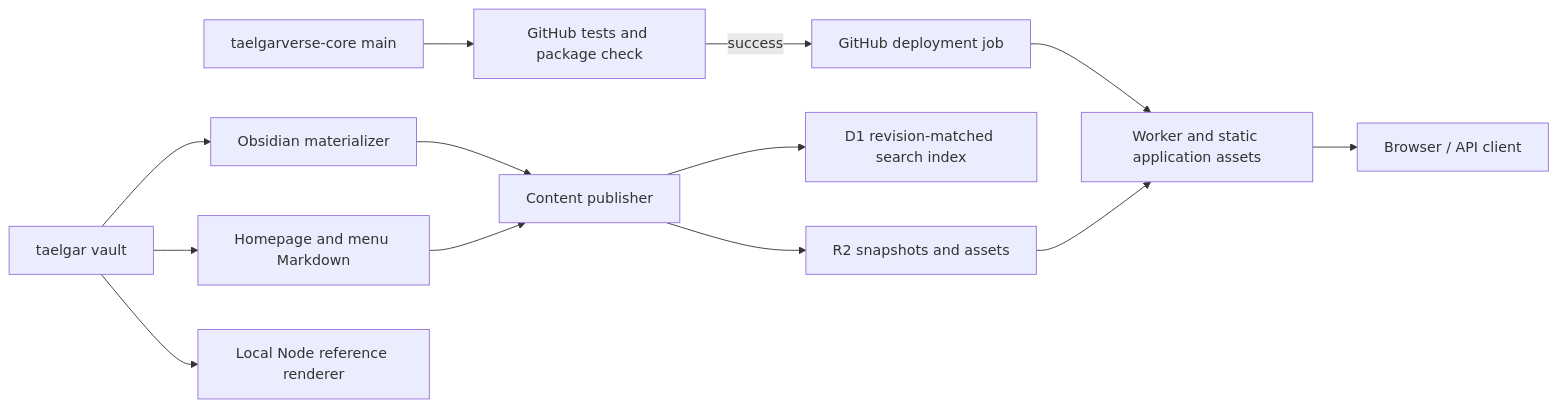
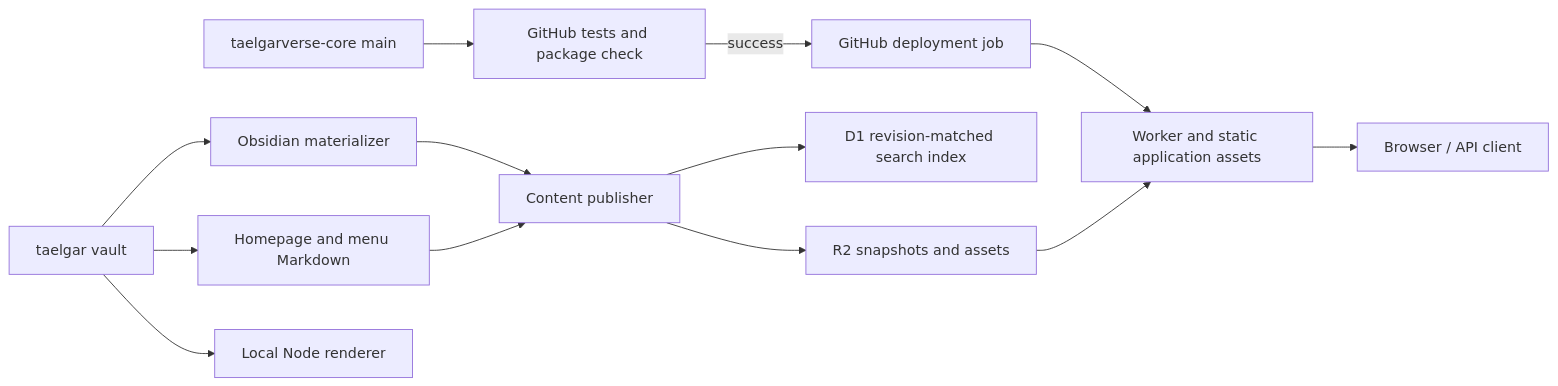
The diagram in docs/architecture.md (msackton/taelgarverse-core), drawn with Mermaid before and after one commit. The commit also changed other lines of this file and 65 other files, not shown here.

````diff
--- a/docs/architecture.md
+++ b/docs/architecture.md
@@ -24,15 +27,15 @@
 ```mermaid
 flowchart LR
     V[taelgar vault] --> O[Obsidian materializer]
     O --> P[Content publisher]
     V --> S[Homepage and menu Markdown]
     S --> P
     P --> R[R2 snapshots and assets]
     P --> D[D1 revision-matched search index]
     C[taelgarverse-core main] --> T[GitHub tests and package check]
     T -->|success| B[GitHub deployment job]
     B --> W[Worker and static application assets]
     R --> W
     W --> U[Browser / API client]
-    V --> N[Local Node reference renderer]
+    V --> N[Local Node renderer]
 ```
````
